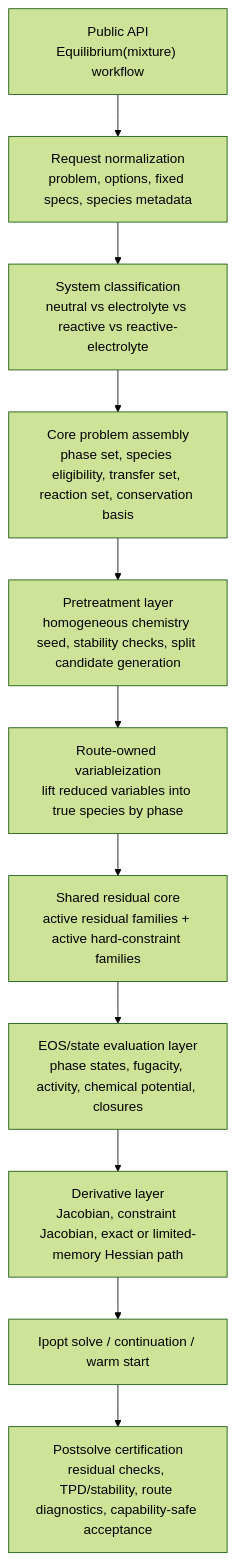
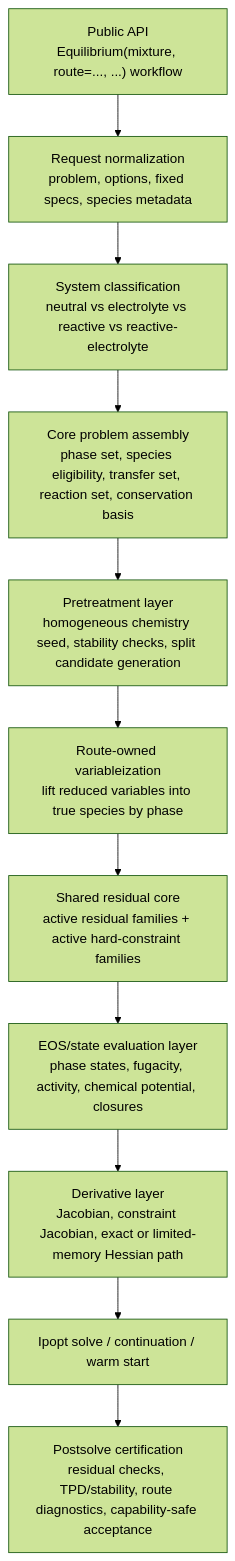
The first of 4 diagrams in docs/roadmaps/unified_equilibrium_core_algorithm.md (tannerpolley/ePC-SAFT-lab), drawn with Mermaid (forest theme) before and after one commit. The commit also changed other lines of this file and 33 other files, not shown here.

Commit message:
Implement constructor-configured equilibrium API

````diff
--- a/docs/roadmaps/unified_equilibrium_core_algorithm.md
+++ b/docs/roadmaps/unified_equilibrium_core_algorithm.md
@@ -120,13 +120,13 @@
 ```mermaid
 flowchart TD
-    A["Public API<br/>Equilibrium(mixture) workflow"] --> B["Request normalization<br/>problem, options, fixed specs, species metadata"]
+    A["Public API<br/>Equilibrium(mixture, route=..., ...) workflow"] --> B["Request normalization<br/>problem, options, fixed specs, species metadata"]
     B --> C["System classification<br/>neutral vs electrolyte vs reactive vs reactive-electrolyte"]
     C --> D["Core problem assembly<br/>phase set, species eligibility, transfer set, reaction set, conservation basis"]
     D --> E["Pretreatment layer<br/>homogeneous chemistry seed, stability checks, split candidate generation"]
     E --> F["Route-owned variableization<br/>lift reduced variables into true species by phase"]
     F --> G["Shared residual core<br/>active residual families + active hard-constraint families"]
     G --> H["EOS/state evaluation layer<br/>phase states, fugacity, activity, chemical potential, closures"]
     H --> I["Derivative layer<br/>Jacobian, constraint Jacobian, exact or limited-memory Hessian path"]
     I --> J["Ipopt solve / continuation / warm start"]
     J --> K["Postsolve certification<br/>residual checks, TPD/stability, route diagnostics, capability-safe acceptance"]
 ```
````
